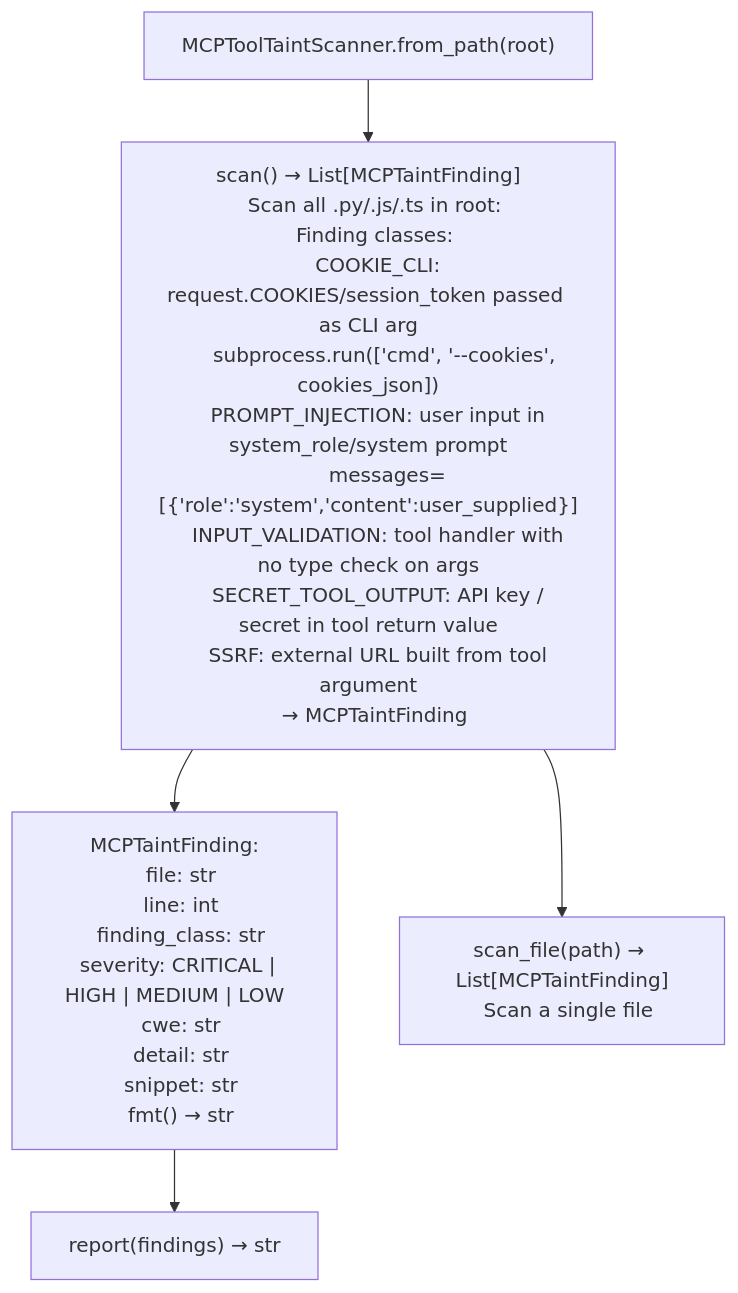
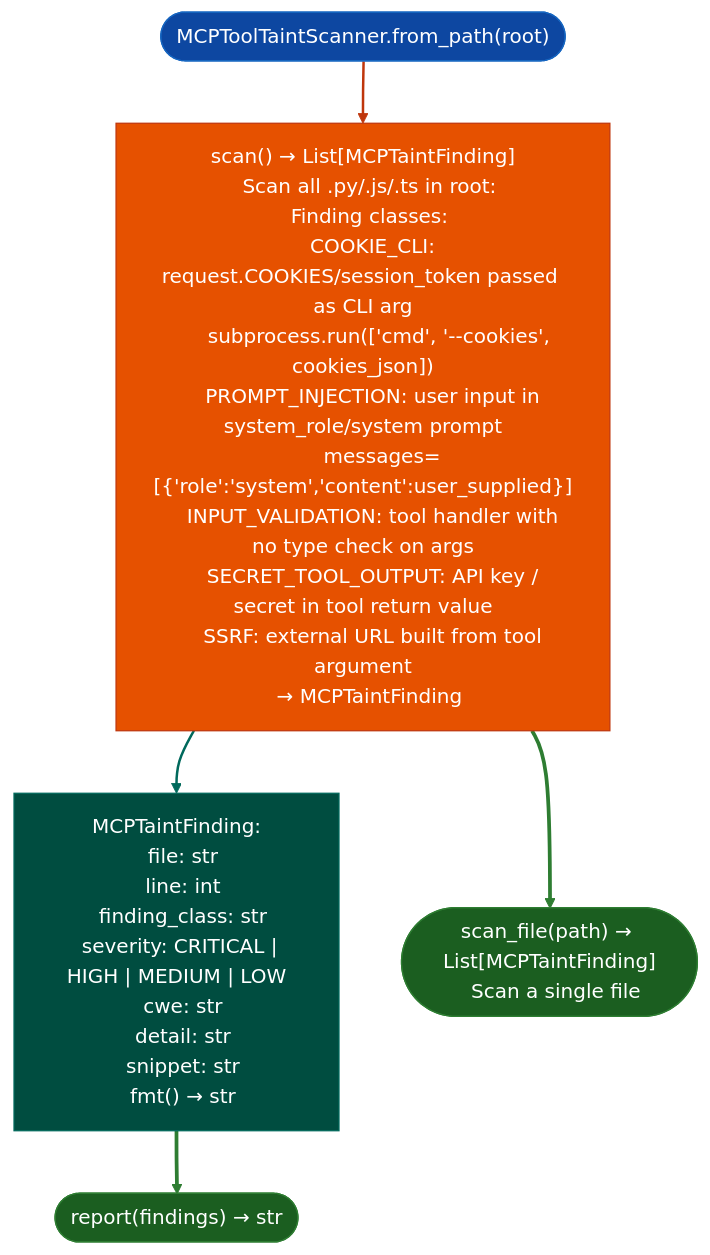
The diagram in docs/reference-modules/jvm-spring-exposure-inspection.md (Ablation-Tool/ablation), drawn with Mermaid before and after one commit. The commit also changed 320 other files, not shown here.

First line of the commit message:
docs: apply canonical Mermaid template to all 321 diagrams

````diff
--- a/docs/reference-modules/jvm-spring-exposure-inspection.md
+++ b/docs/reference-modules/jvm-spring-exposure-inspection.md
@@ -19,7 +19,17 @@
 ```mermaid
 flowchart TD
-    A["MCPToolTaintScanner.from_path(root)"] --> B["scan() → List[MCPTaintFinding]\n  Scan all .py/.js/.ts in root:\n  Finding classes:\n    COOKIE_CLI: request.COOKIES/session_token passed as CLI arg\n      subprocess.run(['cmd', '--cookies', cookies_json])\n    PROMPT_INJECTION: user input in system_role/system prompt\n      messages=[{'role':'system','content':user_supplied}]\n    INPUT_VALIDATION: tool handler with no type check on args\n    SECRET_TOOL_OUTPUT: API key / secret in tool return value\n    SSRF: external URL built from tool argument\n  → MCPTaintFinding"]
-    B --> C["MCPTaintFinding:\n  file: str\n  line: int\n  finding_class: str\n  severity: CRITICAL | HIGH | MEDIUM | LOW\n  cwe: str\n  detail: str\n  snippet: str\n  fmt() → str"]
-    B --> D["scan_file(path) → List[MCPTaintFinding]\n  Scan a single file"]
-    C --> E["report(findings) → str"]
+    A(["MCPToolTaintScanner.from_path(root)"]):::input --> B["scan() → List[MCPTaintFinding]\n  Scan all .py/.js/.ts in root:\n  Finding classes:\n    COOKIE_CLI: request.COOKIES/session_token passed as CLI arg\n      subprocess.run(['cmd', '--cookies', cookies_json])\n    PROMPT_INJECTION: user input in system_role/system prompt\n      messages=[{'role':'system','content':user_supplied}]\n    INPUT_VALIDATION: tool handler with no type check on args\n    SECRET_TOOL_OUTPUT: API key / secret in tool return value\n    SSRF: external URL built from tool argument\n  → MCPTaintFinding"]:::primary
+    B:::primary --> C["MCPTaintFinding:\n  file: str\n  line: int\n  finding_class: str\n  severity: CRITICAL | HIGH | MEDIUM | LOW\n  cwe: str\n  detail: str\n  snippet: str\n  fmt() → str"]:::secondary
+    B:::primary --> D(["scan_file(path) → List[MCPTaintFinding]\n  Scan a single file"]):::output
+    C:::secondary --> E(["report(findings) → str"]):::output
+    classDef input     fill:#0d47a1,stroke:#1565c0,color:#fff
+    classDef primary   fill:#e65100,stroke:#bf360c,color:#fff
+    classDef secondary fill:#004d40,stroke:#00695c,color:#fff
+    classDef tertiary  fill:#4a148c,stroke:#6a1b9a,color:#fff
+    classDef neutral   fill:#37474f,stroke:#546e7a,color:#fff
+    classDef output    fill:#1b5e20,stroke:#2e7d32,color:#fff
+    linkStyle 0 stroke:#bf360c,stroke-width:2px
+    linkStyle 1 stroke:#00695c,stroke-width:2px
+    linkStyle 2 stroke:#2e7d32,stroke-width:3px
+    linkStyle 3 stroke:#2e7d32,stroke-width:3px
 ```
````
